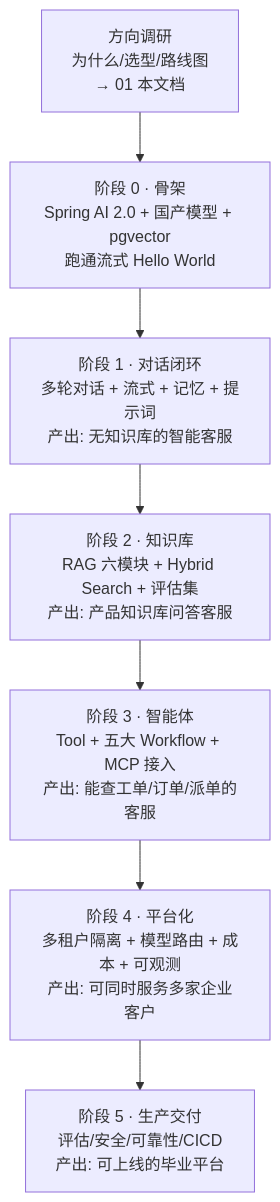
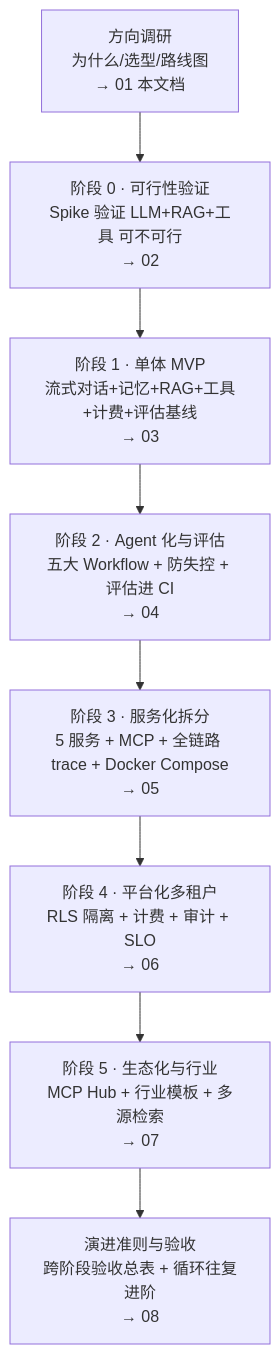
Before and after one commit to UranusGit/java-agent-learn: the diagram in docs/项目-客服Agent平台/00-README.md, drawn with Mermaid. The commit also changed other lines of this file and 19 other files, not shown here.

````diff
--- a/docs/项目-客服Agent平台/00-README.md
+++ b/docs/项目-客服Agent平台/00-README.md
@@ -52,9 +52,10 @@
 ```mermaid
 flowchart TD
-    D["方向调研<br/>为什么/选型/路线图<br/>→ 01 本文档"] --> S0["阶段 0 · 骨架<br/>Spring AI 2.0 + 国产模型 + pgvector<br/>跑通流式 Hello World"]
-    S0 --> S1["阶段 1 · 对话闭环<br/>多轮对话 + 流式 + 记忆 + 提示词<br/>产出: 无知识库的智能客服"]
-    S1 --> S2["阶段 2 · 知识库<br/>RAG 六模块 + Hybrid Search + 评估集<br/>产出: 产品知识库问答客服"]
-    S2 --> S3["阶段 3 · 智能体<br/>Tool + 五大 Workflow + MCP 接入<br/>产出: 能查工单/订单/派单的客服"]
-    S3 --> S4["阶段 4 · 平台化<br/>多租户隔离 + 模型路由 + 成本 + 可观测<br/>产出: 可同时服务多家企业客户"]
-    S4 --> S5["阶段 5 · 生产交付<br/>评估/安全/可靠性/CICD<br/>产出: 可上线的毕业平台"]
+    D["方向调研<br/>为什么/选型/路线图<br/>→ 01 本文档"] --> S0["阶段 0 · 可行性验证<br/>Spike 验证 LLM+RAG+工具 可不可行<br/>→ 02"]
+    S0 --> S1["阶段 1 · 单体 MVP<br/>流式对话+记忆+RAG+工具+计费+评估基线<br/>→ 03"]
+    S1 --> S2["阶段 2 · Agent 化与评估<br/>五大 Workflow + 防失控 + 评估进 CI<br/>→ 04"]
+    S2 --> S3["阶段 3 · 服务化拆分<br/>5 服务 + MCP + 全链路 trace + Docker Compose<br/>→ 05"]
+    S3 --> S4["阶段 4 · 平台化多租户<br/>RLS 隔离 + 计费 + 审计 + SLO<br/>→ 06"]
+    S4 --> S5["阶段 5 · 生态化与行业<br/>MCP Hub + 行业模板 + 多源检索<br/>→ 07"]
+    S5 --> E["演进准则与验收<br/>跨阶段验收总表 + 循环往复进阶<br/>→ 08"]
 ```
````
